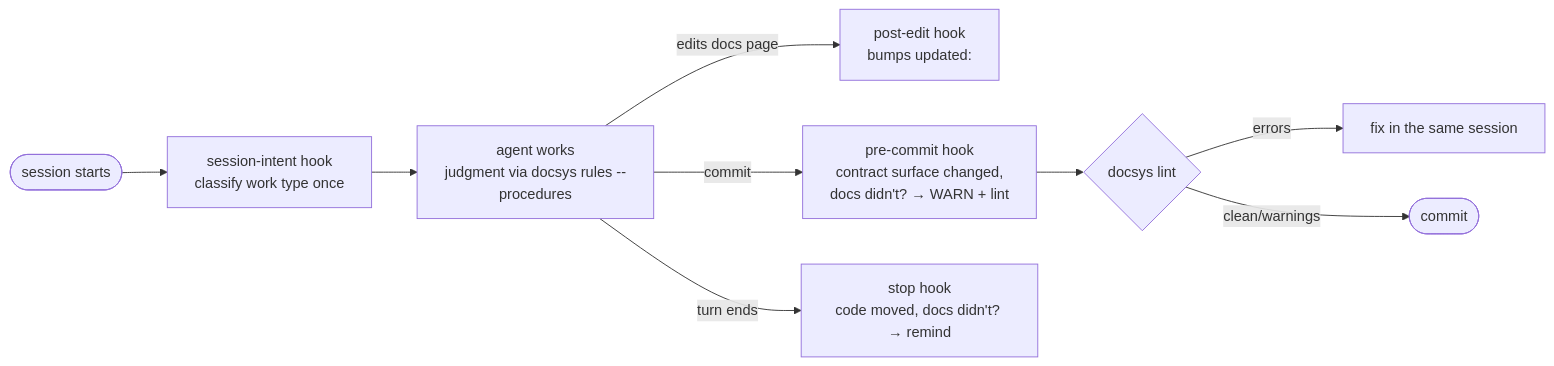
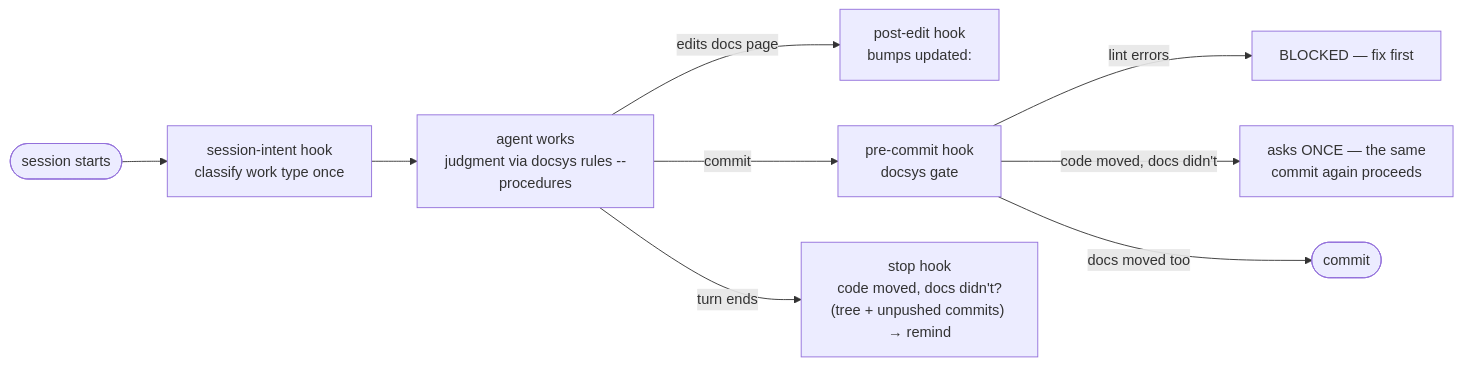
Before and after one commit to FatihErtugral/docsys: the fourth of 5 diagrams in README.md, drawn with Mermaid. The commit also changed other lines of this file, not shown here.

Commit message:
README: the session loop as it is, the numbers as they are, capture and navigation, honest status

````diff
--- a/README.md
+++ b/README.md
@@ -120,11 +124,11 @@
 ```mermaid
 flowchart LR
     S([session starts]) --> SI["session-intent hook<br/>classify work type once"]
     SI --> WORK["agent works<br/>judgment via docsys rules --procedures"]
     WORK -- "edits docs page" --> PU["post-edit hook<br/>bumps updated:"]
-    WORK -- "commit" --> PC["pre-commit hook<br/>contract surface changed,<br/>docs didn't? → WARN + lint"]
-    WORK -- "turn ends" --> ST["stop hook<br/>code moved, docs didn't? → remind"]
-    PC --> GATE{"docsys lint"}
-    GATE -- "errors" --> FIX[fix in the same session]
-    GATE -- "clean/warnings" --> DONE([commit])
+    WORK -- "commit" --> PC["pre-commit hook<br/>docsys gate"]
+    WORK -- "turn ends" --> ST["stop hook<br/>code moved, docs didn't?<br/>(tree + unpushed commits) → remind"]
+    PC -- "lint errors" --> BLOCK[BLOCKED — fix first]
+    PC -- "code moved, docs didn't" --> ASK["asks ONCE — the same<br/>commit again proceeds"]
+    PC -- "docs moved too" --> DONE([commit])
 ```
````
